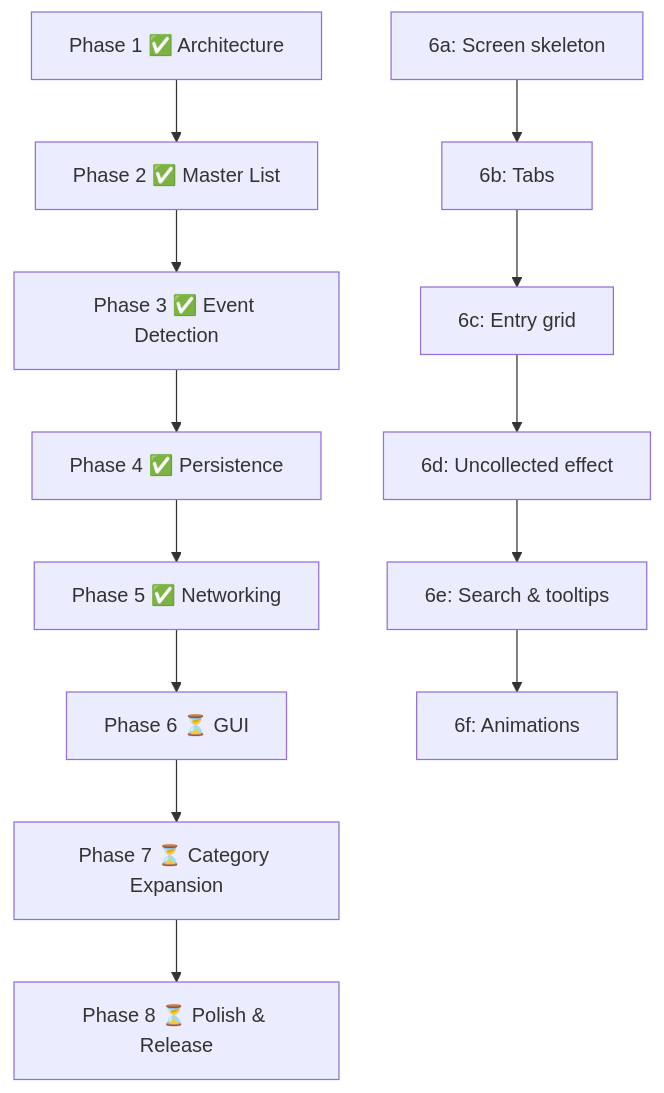
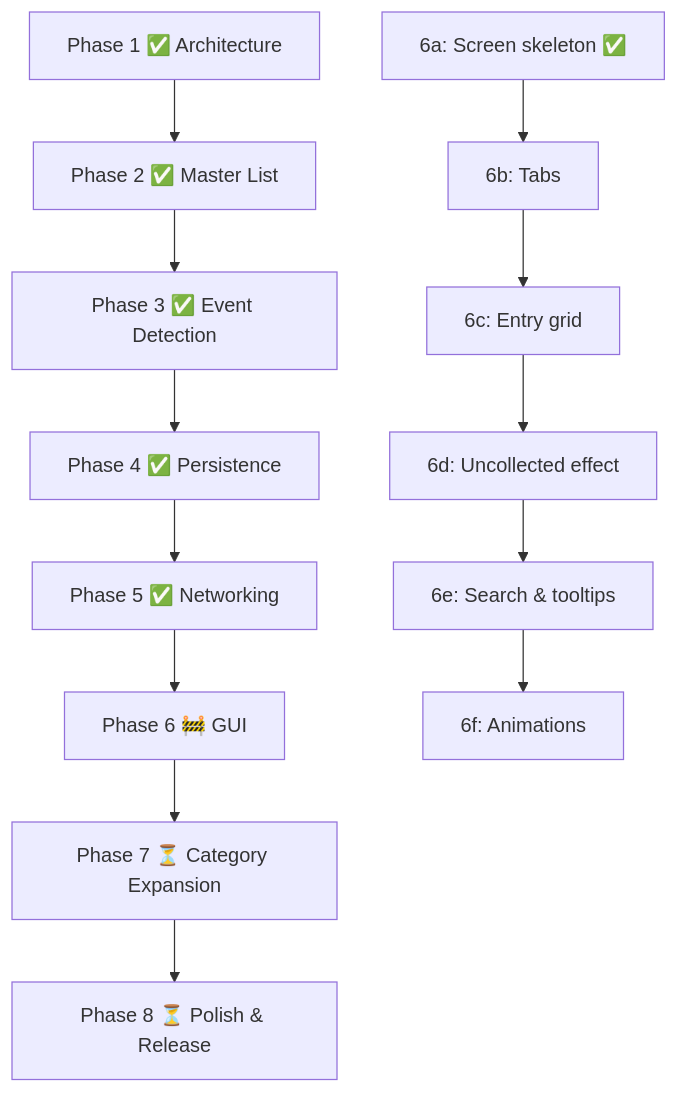
Before and after one commit to CodeTimmy/itemcollector: the diagram in Roadmap.md, drawn with Mermaid. The commit also changed other lines of this file and 7 other files, not shown here.

````diff
--- a/Roadmap.md
+++ b/Roadmap.md
@@ -59,16 +63,16 @@
 ```mermaid
 graph TD
     P1[Phase 1 ✅ Architecture] --> P2[Phase 2 ✅ Master List]
     P2 --> P3[Phase 3 ✅ Event Detection]
     P3 --> P4[Phase 4 ✅ Persistence]
     P4 --> P5[Phase 5 ✅ Networking]
-    P5 --> P6[Phase 6 ⏳ GUI]
+    P5 --> P6[Phase 6 🚧 GUI]
     P6 --> P7[Phase 7 ⏳ Category Expansion]
     P7 --> P8[Phase 8 ⏳ Polish & Release]
 
-    P6a[6a: Screen skeleton] --> P6b[6b: Tabs]
+    P6a[6a: Screen skeleton ✅] --> P6b[6b: Tabs]
     P6b --> P6c[6c: Entry grid]
     P6c --> P6d[6d: Uncollected effect]
     P6d --> P6e[6e: Search & tooltips]
     P6e --> P6f[6f: Animations]
 ```
````
